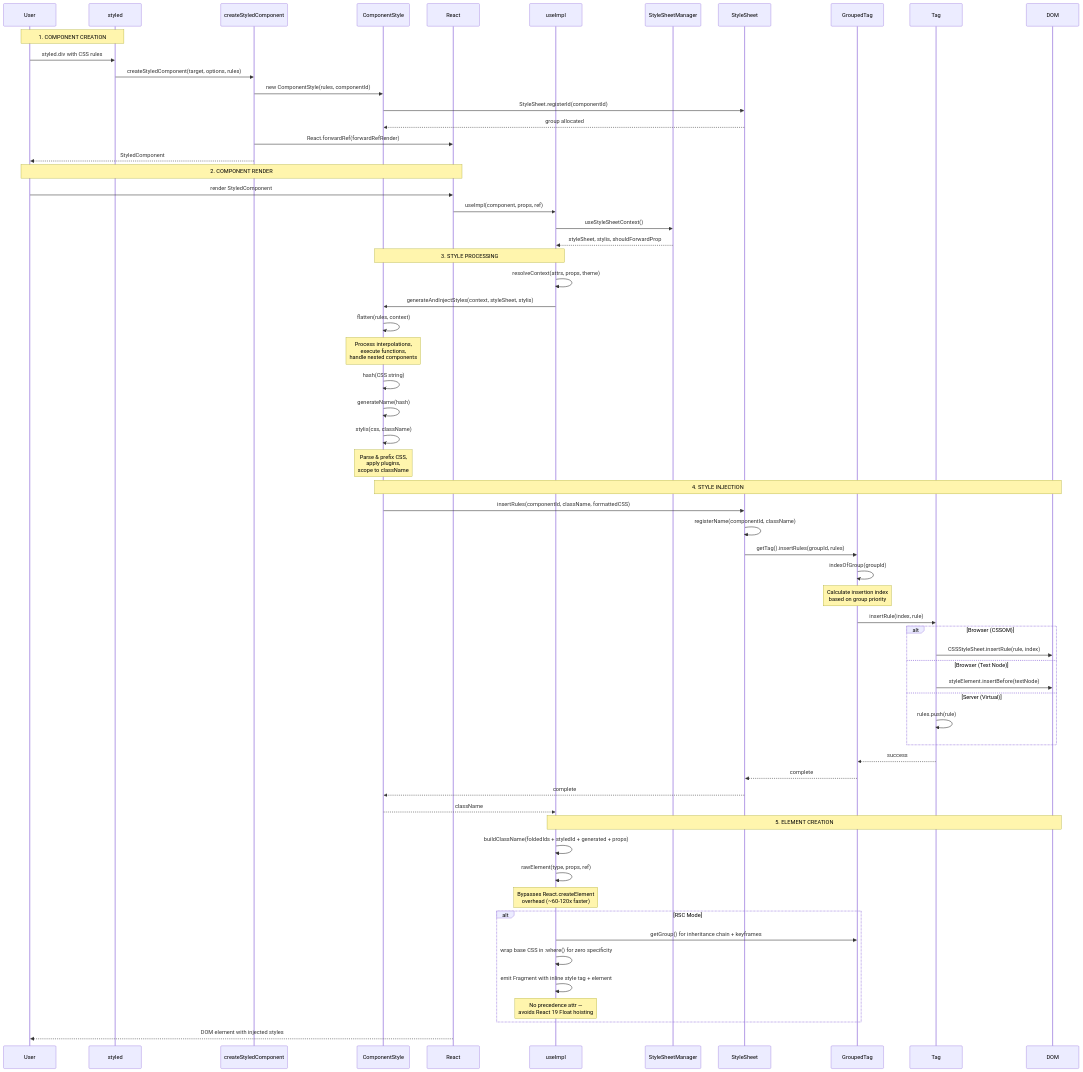
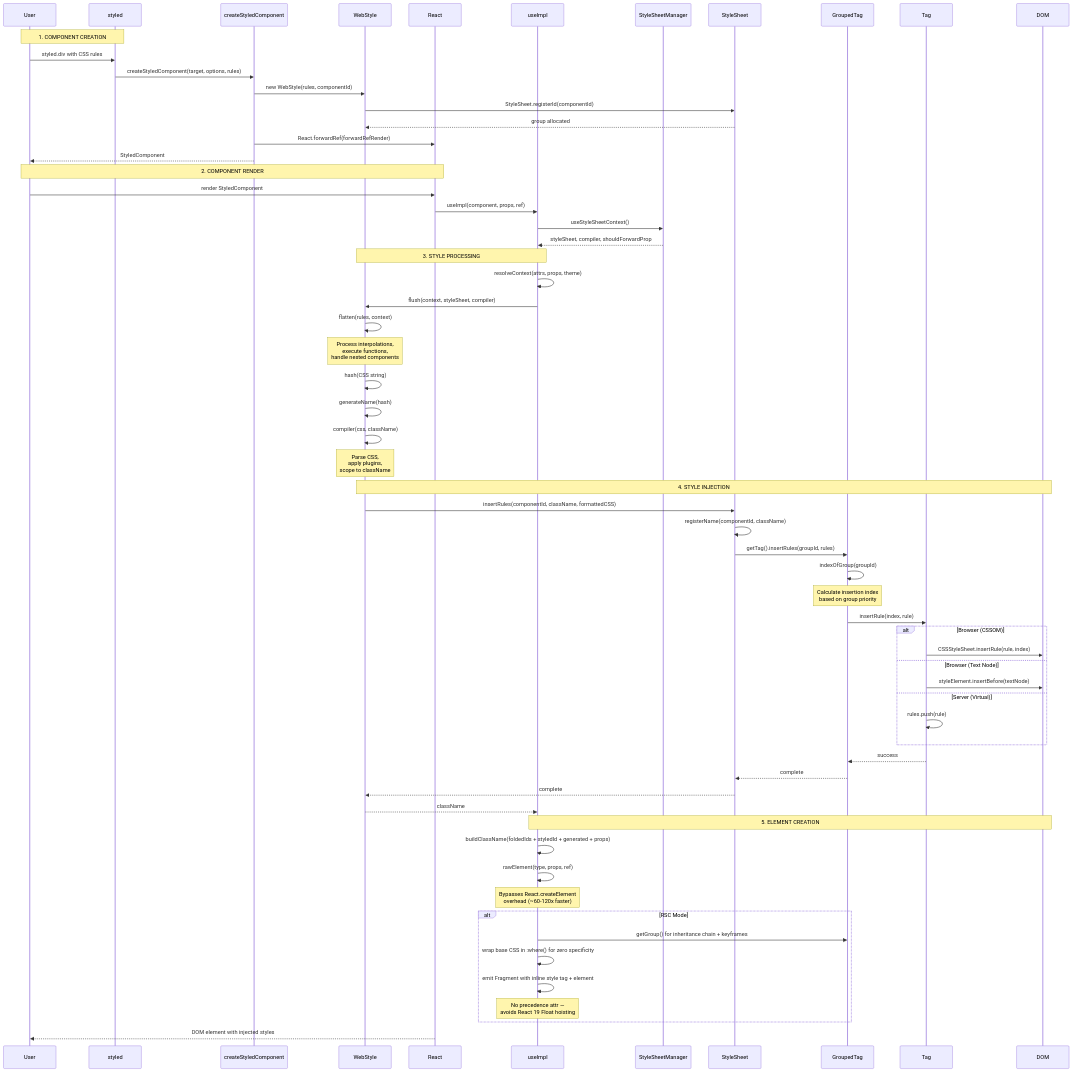
The diagram in docs/rendering-flow.md (styled-components/styled-components), drawn with Mermaid before and after one commit. The commit also changed 3 other files, not shown here.

First line of the commit message:
docs: refresh AGENTS.md, rendering-flow, single-output-path; pin react overrides

````diff
--- a/docs/rendering-flow.md
+++ b/docs/rendering-flow.md
@@ -5,78 +5,78 @@
 ```mermaid
 sequenceDiagram
     participant User
     participant styled
     participant createStyledComponent
-    participant ComponentStyle
+    participant WebStyle
     participant React
     participant useImpl
     participant StyleSheetManager
     participant StyleSheet
     participant GroupedTag
     participant Tag
     participant DOM
 
     Note over User,styled: 1. COMPONENT CREATION
     User->>styled: styled.div with CSS rules
     styled->>createStyledComponent: createStyledComponent(target, options, rules)
-    createStyledComponent->>ComponentStyle: new ComponentStyle(rules, componentId)
-    ComponentStyle->>StyleSheet: StyleSheet.registerId(componentId)
-    StyleSheet-->>ComponentStyle: group allocated
+    createStyledComponent->>WebStyle: new WebStyle(rules, componentId)
+    WebStyle->>StyleSheet: StyleSheet.registerId(componentId)
+    StyleSheet-->>WebStyle: group allocated
     createStyledComponent->>React: React.forwardRef(forwardRefRender)
     createStyledComponent-->>User: StyledComponent
 
     Note over User,React: 2. COMPONENT RENDER
     User->>React: render StyledComponent
     React->>useImpl: useImpl(component, props, ref)
     useImpl->>StyleSheetManager: useStyleSheetContext()
-    StyleSheetManager-->>useImpl: styleSheet, stylis, shouldForwardProp
+    StyleSheetManager-->>useImpl: styleSheet, compiler, shouldForwardProp
 
-    Note over useImpl,ComponentStyle: 3. STYLE PROCESSING
+    Note over useImpl,WebStyle: 3. STYLE PROCESSING
     useImpl->>useImpl: resolveContext(attrs, props, theme)
-    useImpl->>ComponentStyle: generateAndInjectStyles(context, styleSheet, stylis)
+    useImpl->>WebStyle: flush(context, styleSheet, compiler)
 
-    ComponentStyle->>ComponentStyle: flatten(rules, context)
-    Note over ComponentStyle: Process interpolations,<br/>execute functions,<br/>handle nested components
+    WebStyle->>WebStyle: flatten(rules, context)
+    Note over WebStyle: Process interpolations,<br/>execute functions,<br/>handle nested components
 
-    ComponentStyle->>ComponentStyle: hash(CSS string)
-    ComponentStyle->>ComponentStyle: generateName(hash)
-    ComponentStyle->>ComponentStyle: stylis(css, className)
-    Note over ComponentStyle: Parse & prefix CSS,<br/>apply plugins,<br/>scope to className
+    WebStyle->>WebStyle: hash(CSS string)
+    WebStyle->>WebStyle: generateName(hash)
+    WebStyle->>WebStyle: compiler(css, className)
+    Note over WebStyle: Parse CSS,<br/>apply plugins,<br/>scope to className
 
-    Note over ComponentStyle,DOM: 4. STYLE INJECTION
-    ComponentStyle->>StyleSheet: insertRules(componentId, className, formattedCSS)
+    Note over WebStyle,DOM: 4. STYLE INJECTION
+    WebStyle->>StyleSheet: insertRules(componentId, className, formattedCSS)
     StyleSheet->>StyleSheet: registerName(componentId, className)
     StyleSheet->>GroupedTag: getTag().insertRules(groupId, rules)
     GroupedTag->>GroupedTag: indexOfGroup(groupId)
     Note over GroupedTag: Calculate insertion index<br/>based on group priority
 
     GroupedTag->>Tag: insertRule(index, rule)
 
     alt Browser (CSSOM)
         Tag->>DOM: CSSStyleSheet.insertRule(rule, index)
     else Browser (Text Node)
         Tag->>DOM: styleElement.insertBefore(textNode)
     else Server (Virtual)
         Tag->>Tag: rules.push(rule)
     end
 
     Tag-->>GroupedTag: success
     GroupedTag-->>StyleSheet: complete
-    StyleSheet-->>ComponentStyle: complete
+    StyleSheet-->>WebStyle: complete
 
-    ComponentStyle-->>useImpl: className
+    WebStyle-->>useImpl: className
 
     Note over useImpl,DOM: 5. ELEMENT CREATION
     useImpl->>useImpl: buildClassName(foldedIds + styledId + generated + props)
     useImpl->>useImpl: rawElement(type, props, ref)
     Note over useImpl: Bypasses React.createElement<br/>overhead (~60-120x faster)
 
     alt RSC Mode
         useImpl->>GroupedTag: getGroup() for inheritance chain + keyframes
         useImpl->>useImpl: wrap base CSS in :where() for zero specificity
         useImpl->>useImpl: emit Fragment with inline style tag + element
         Note over useImpl: No precedence attr —<br/>avoids React 19 Float hoisting
     end
 
     React-->>User: DOM element with injected styles
 ```
````
